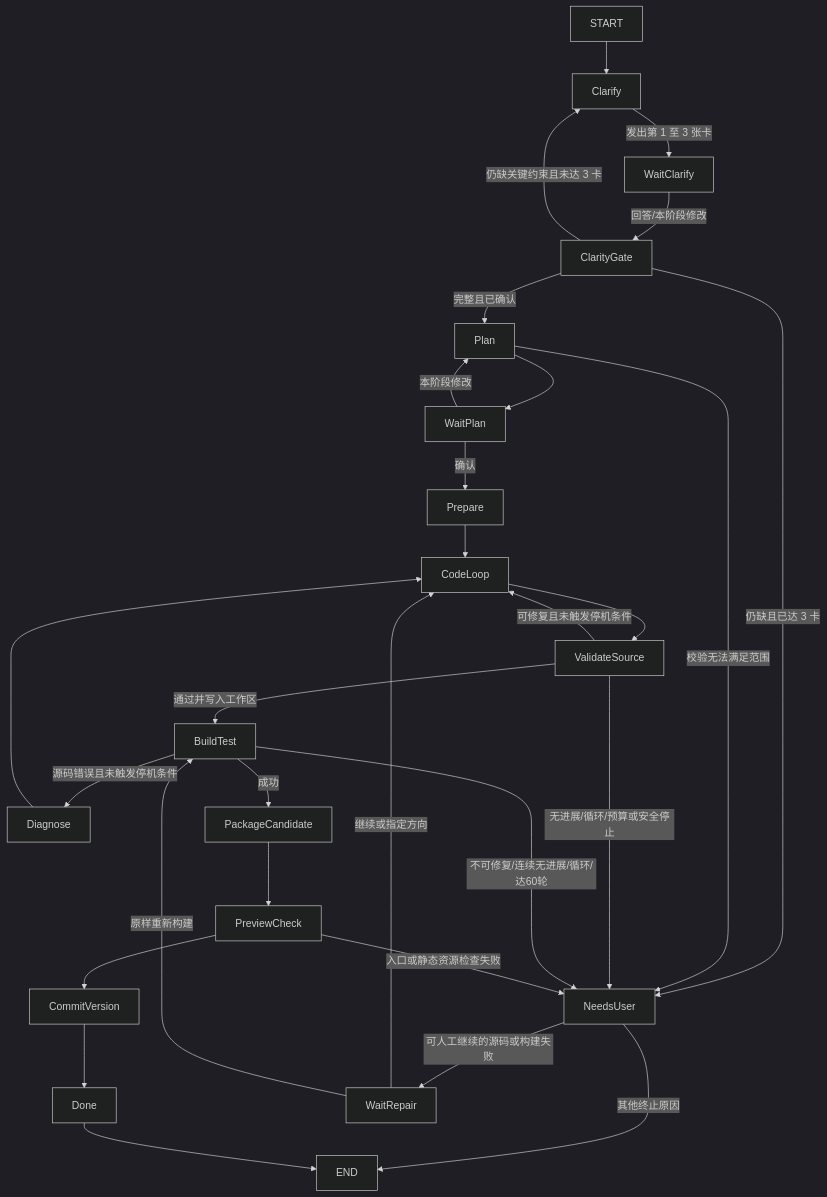
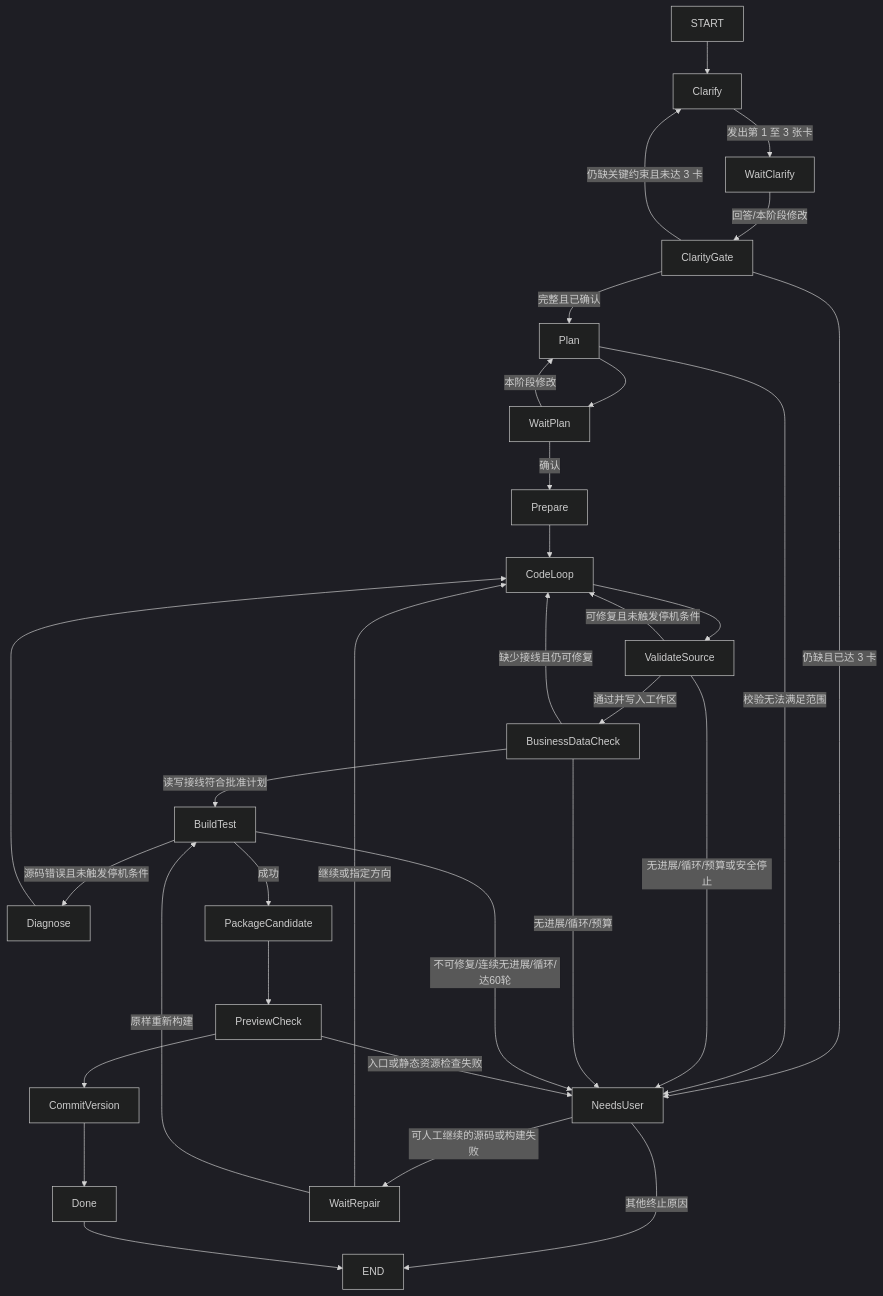
Before and after one commit to KevinChen073/my-atom-demo: the third of 3 diagrams in docs/ARCHITECTURE.md, drawn with Mermaid (dark theme). The commit also changed other lines of this file and 10 other files, not shown here.

Commit message:
Add business data persistence source gate

````diff
--- a/docs/ARCHITECTURE.md
+++ b/docs/ARCHITECTURE.md
@@ -115,27 +115,30 @@
 ```mermaid
 flowchart TD
   START --> Clarify
   Clarify -->|发出第 1 至 3 张卡| WaitClarify
   WaitClarify -->|回答/本阶段修改| ClarityGate
   ClarityGate -->|仍缺关键约束且未达 3 卡| Clarify
   ClarityGate -->|完整且已确认| Plan
   ClarityGate -->|仍缺且已达 3 卡| NeedsUser
   Plan --> WaitPlan
   Plan -->|校验无法满足范围| NeedsUser
   WaitPlan -->|本阶段修改| Plan
   WaitPlan -->|确认| Prepare
   Prepare --> CodeLoop
   CodeLoop --> ValidateSource
-  ValidateSource -->|通过并写入工作区| BuildTest
+  ValidateSource -->|通过并写入工作区| BusinessDataCheck
   ValidateSource -->|可修复且未触发停机条件| CodeLoop
   ValidateSource -->|无进展/循环/预算或安全停止| NeedsUser
+  BusinessDataCheck -->|读写接线符合批准计划| BuildTest
+  BusinessDataCheck -->|缺少接线且仍可修复| CodeLoop
+  BusinessDataCheck -->|无进展/循环/预算| NeedsUser
   BuildTest -->|源码错误且未触发停机条件| Diagnose --> CodeLoop
   BuildTest -->|成功| PackageCandidate --> PreviewCheck --> CommitVersion --> Done
   BuildTest -->|不可修复/连续无进展/循环/达60轮| NeedsUser
   PreviewCheck -->|入口或静态资源检查失败| NeedsUser
   NeedsUser -->|可人工继续的源码或构建失败| WaitRepair
   WaitRepair -->|继续或指定方向| CodeLoop
   WaitRepair -->|原样重新构建| BuildTest
   NeedsUser -->|其他终止原因| END
   Done --> END
 ```
````
